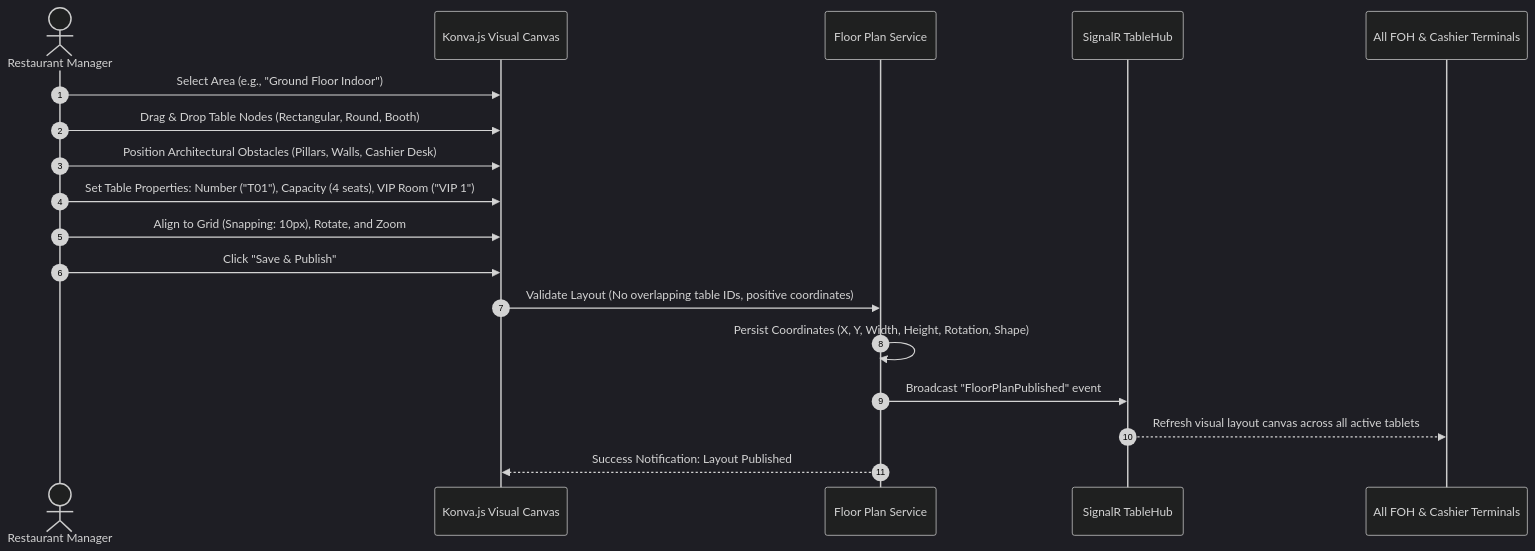
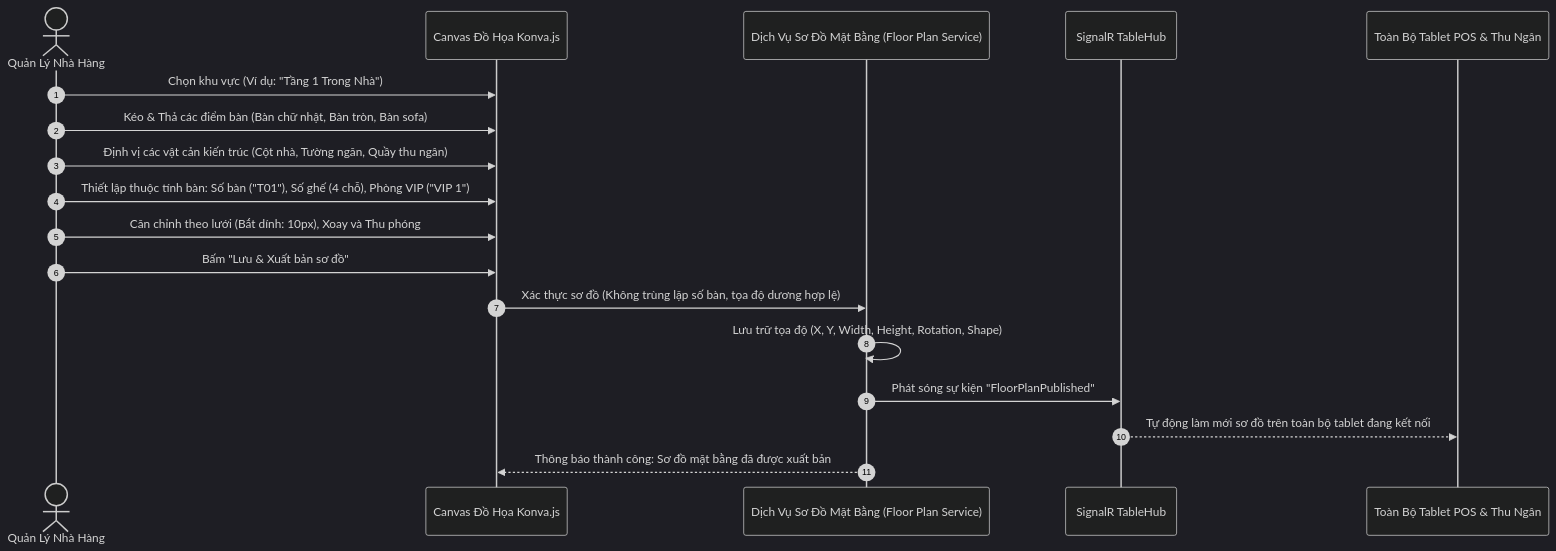
The second of 2 diagrams in docs/product/workflows/FLOOR-PLAN-WORKFLOW.md (dieudoanhut2002/SmartRestaurant), drawn with Mermaid (dark theme) before and after one commit. The commit also changed other lines of this file and 40 other files, not shown here.

Commit message:
Điều chỉnh thống nhất nghiệp vụ, Việt hoá các file MD

````diff
--- a/docs/product/workflows/FLOOR-PLAN-WORKFLOW.md
+++ b/docs/product/workflows/FLOOR-PLAN-WORKFLOW.md
@@ -52,21 +55,21 @@
 ```mermaid
 sequenceDiagram
     autonumber
-    actor Mgr as Restaurant Manager
-    participant UI as Konva.js Visual Canvas
-    participant Svc as Floor Plan Service
+    actor Mgr as Quản Lý Nhà Hàng
+    participant UI as Canvas Đồ Họa Konva.js
+    participant Svc as Dịch Vụ Sơ Đồ Mặt Bằng (Floor Plan Service)
     participant Hub as SignalR TableHub
-    participant POS as All FOH & Cashier Terminals
+    participant POS as Toàn Bộ Tablet POS & Thu Ngân
 
-    Mgr->>UI: Select Area (e.g., "Ground Floor Indoor")
-    Mgr->>UI: Drag & Drop Table Nodes (Rectangular, Round, Booth)
-    Mgr->>UI: Position Architectural Obstacles (Pillars, Walls, Cashier Desk)
-    Mgr->>UI: Set Table Properties: Number ("T01"), Capacity (4 seats), VIP Room ("VIP 1")
-    Mgr->>UI: Align to Grid (Snapping: 10px), Rotate, and Zoom
-    Mgr->>UI: Click "Save & Publish"
-    UI->>Svc: Validate Layout (No overlapping table IDs, positive coordinates)
-    Svc->>Svc: Persist Coordinates (X, Y, Width, Height, Rotation, Shape)
-    Svc->>Hub: Broadcast "FloorPlanPublished" event
-    Hub-->>POS: Refresh visual layout canvas across all active tablets
-    Svc-->>UI: Success Notification: Layout Published
+    Mgr->>UI: Chọn khu vực (Ví dụ: "Tầng 1 Trong Nhà")
+    Mgr->>UI: Kéo & Thả các điểm bàn (Bàn chữ nhật, Bàn tròn, Bàn sofa)
+    Mgr->>UI: Định vị các vật cản kiến trúc (Cột nhà, Tường ngăn, Quầy thu ngân)
+    Mgr->>UI: Thiết lập thuộc tính bàn: Số bàn ("T01"), Số ghế (4 chỗ), Phòng VIP ("VIP 1")
+    Mgr->>UI: Căn chỉnh theo lưới (Bắt dính: 10px), Xoay và Thu phóng
+    Mgr->>UI: Bấm "Lưu & Xuất bản sơ đồ"
+    UI->>Svc: Xác thực sơ đồ (Không trùng lặp số bàn, tọa độ dương hợp lệ)
+    Svc->>Svc: Lưu trữ tọa độ (X, Y, Width, Height, Rotation, Shape)
+    Svc->>Hub: Phát sóng sự kiện "FloorPlanPublished"
+    Hub-->>POS: Tự động làm mới sơ đồ trên toàn bộ tablet đang kết nối
+    Svc-->>UI: Thông báo thành công: Sơ đồ mặt bằng đã được xuất bản
 ```
````
